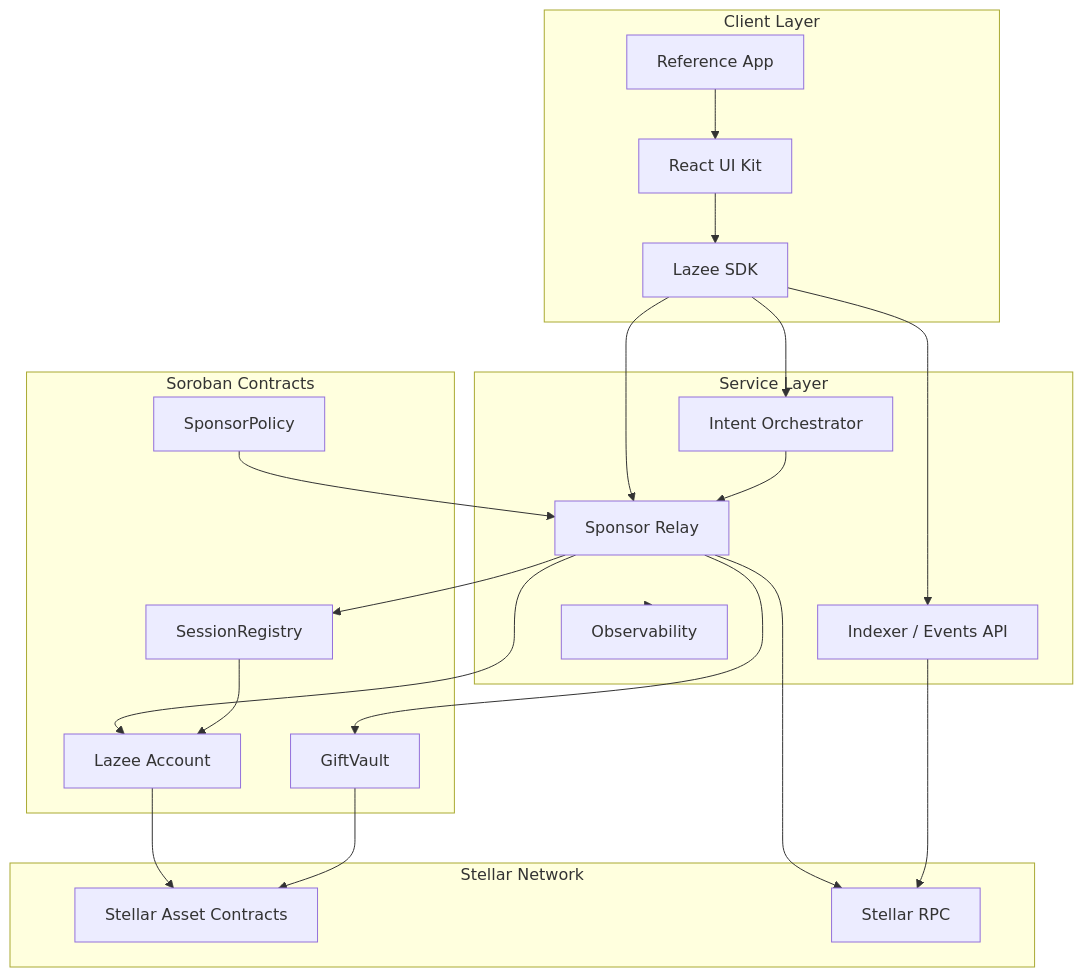
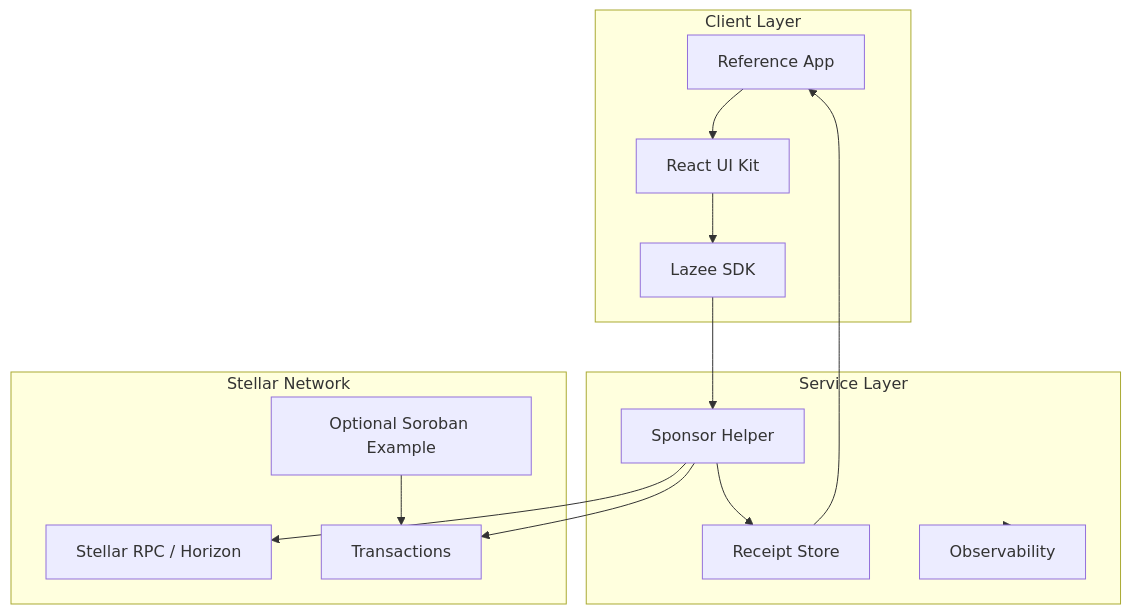
Before and after one commit to hien-p/lazee-kit: the diagram in diagrams/container-architecture.mmd, drawn with Mermaid. The commit also changed 45 other files, not shown here.

```diff
--- a/diagrams/container-architecture.mmd
+++ b/diagrams/container-architecture.mmd
@@ -1,42 +1,28 @@
 flowchart TB
   subgraph Client["Client Layer"]
     App["Reference App"]
     UI["React UI Kit"]
     SDK["Lazee SDK"]
   end
 
   subgraph Services["Service Layer"]
-    Relay["Sponsor Relay"]
-    Intent["Intent Orchestrator"]
-    Indexer["Indexer / Events API"]
+    Helper["Sponsor Helper"]
+    Receipt["Receipt Store"]
     Obs["Observability"]
   end
 
-  subgraph Contracts["Soroban Contracts"]
-    Account["Lazee Account"]
-    Gift["GiftVault"]
-    Session["SessionRegistry"]
-    Policy["SponsorPolicy"]
-  end
-
   subgraph Stellar["Stellar Network"]
-    SAC["Stellar Asset Contracts"]
-    RPC["Stellar RPC"]
+    RPC["Stellar RPC / Horizon"]
+    Net["Transactions"]
+    Example["Optional Soroban Example"]
   end
 
   App --> UI
   UI --> SDK
-  SDK --> Relay
-  SDK --> Intent
-  SDK --> Indexer
-  Relay --> RPC
-  Intent --> Relay
-  Indexer --> RPC
-  Relay --> Account
-  Relay --> Gift
-  Relay --> Session
-  Account --> SAC
-  Gift --> SAC
-  Session --> Account
-  Policy --> Relay
+  SDK --> Helper
+  Helper --> RPC
+  Helper --> Net
+  Helper --> Receipt
+  Receipt --> App
+  Example --> Net
   Services --> Obs
```
